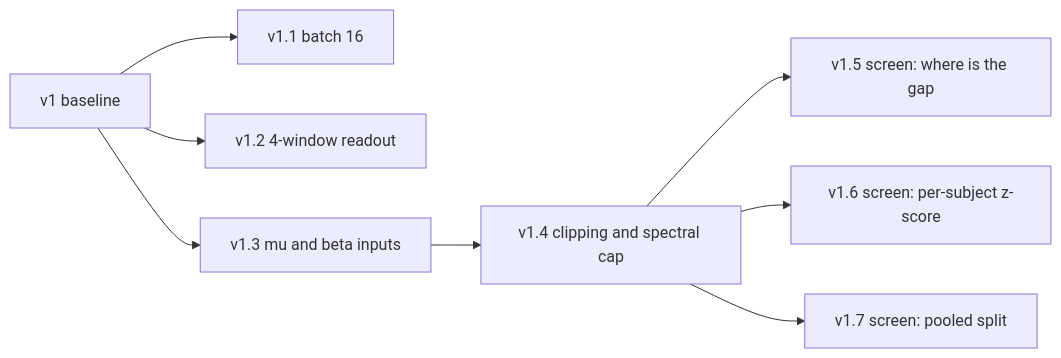
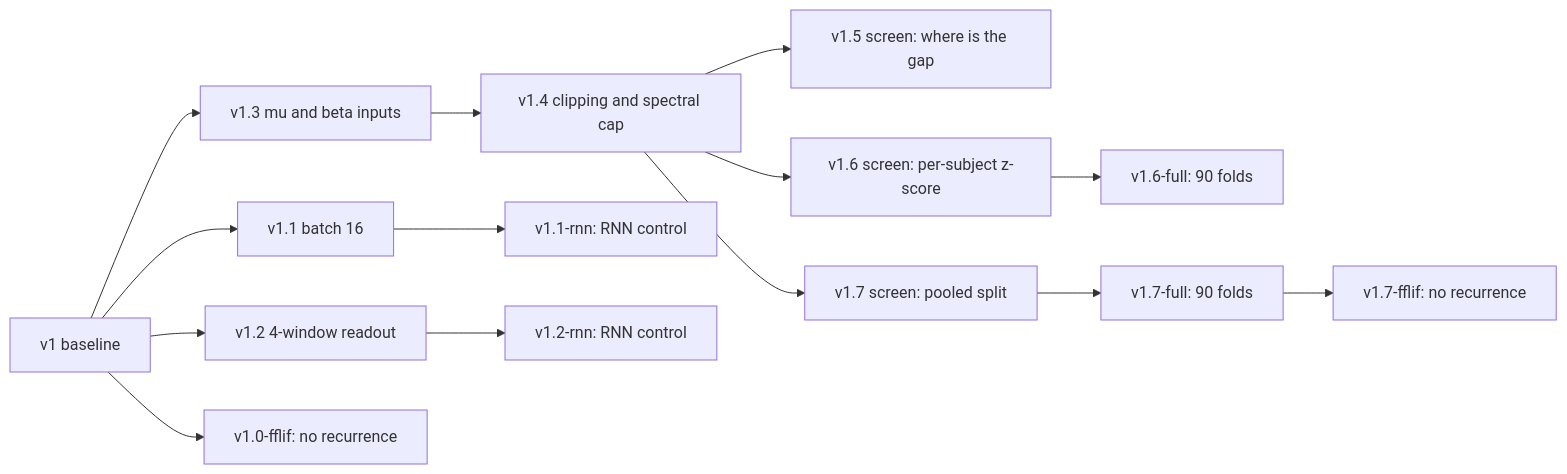
The diagram in experiments/README.md (thesixtium/bmen-600-group-11), drawn with Mermaid before and after one commit. The commit also changed other lines of this file and 3858 other files, not shown here.

Commit message:
1.6/1.7 full runs RNN and FF-LIF control runs + tables 31 to 33

````diff
--- a/experiments/README.md
+++ b/experiments/README.md
@@ -7,10 +7,16 @@
 ```mermaid
 flowchart LR
   v1[v1 baseline] --> v11[v1.1 batch 16]
   v1 --> v12[v1.2 4-window readout]
   v1 --> v13[v1.3 mu and beta inputs]
   v13 --> v14[v1.4 clipping and spectral cap]
   v14 --> v15[v1.5 screen: where is the gap]
   v14 --> v16[v1.6 screen: per-subject z-score]
   v14 --> v17[v1.7 screen: pooled split]
+  v16 --> v16f[v1.6-full: 90 folds]
+  v17 --> v17f[v1.7-full: 90 folds]
+  v11 --> v11r[v1.1-rnn: RNN control]
+  v12 --> v12r[v1.2-rnn: RNN control]
+  v1 --> v10ff[v1.0-fflif: no recurrence]
+  v17f --> v17ff[v1.7-fflif: no recurrence]
 ```
````
